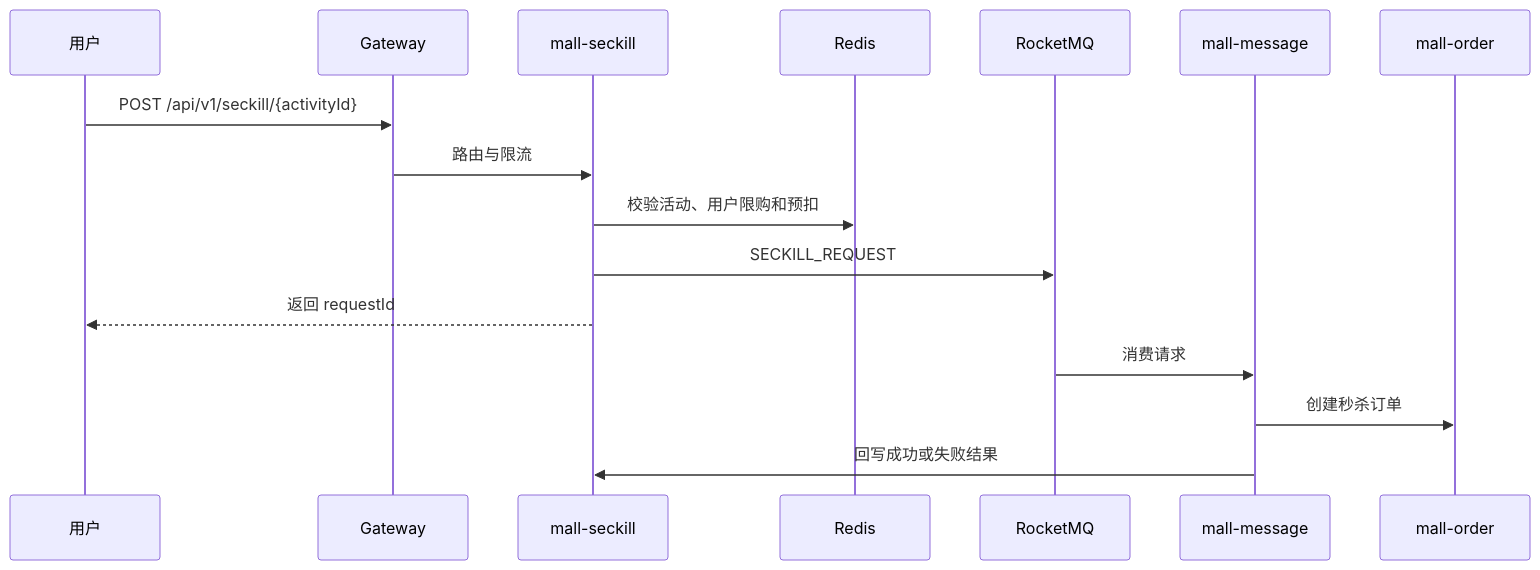
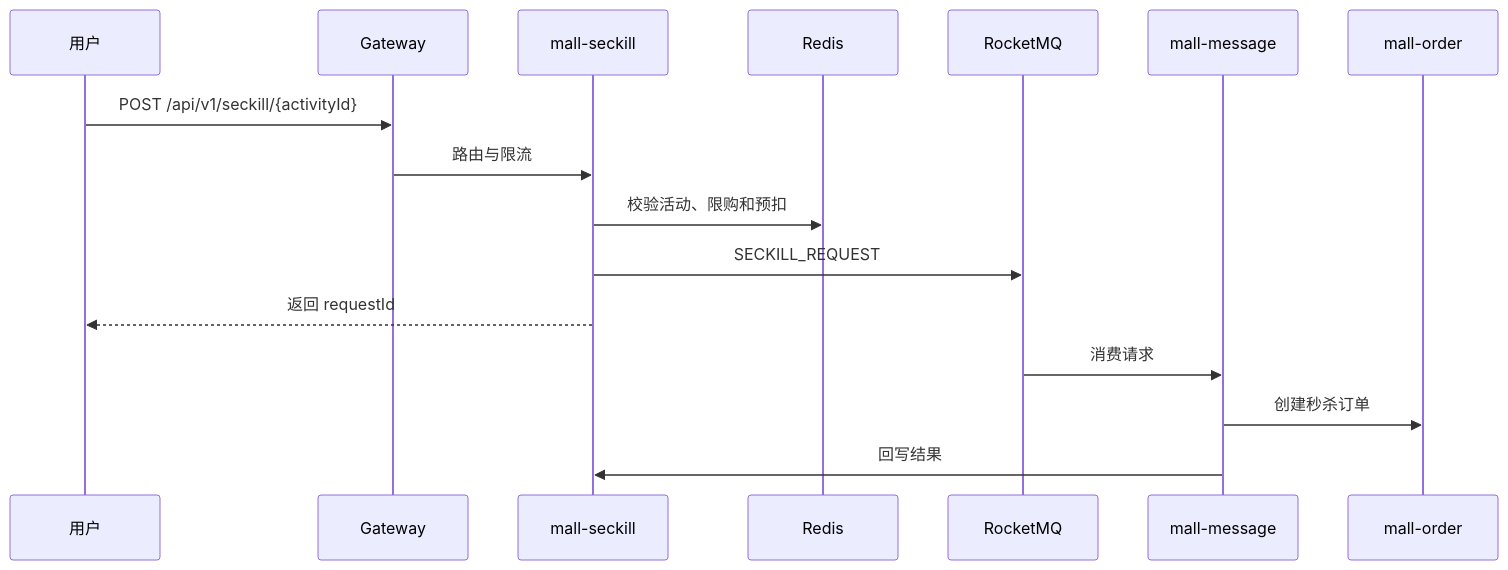
The fifth of 5 diagrams in docs/PRD.md (zyyyyynnn/Microservices-Final-Project), drawn with Mermaid before and after one commit. The commit also changed other lines of this file, not shown here.

````diff
--- a/docs/PRD.md
+++ b/docs/PRD.md
@@ -212,19 +227,19 @@
 ```mermaid
 sequenceDiagram
   participant U as 用户
   participant G as Gateway
   participant S as mall-seckill
   participant R as Redis
   participant MQ as RocketMQ
   participant M as mall-message
   participant O as mall-order
 
   U->>G: POST /api/v1/seckill/{activityId}
   G->>S: 路由与限流
-  S->>R: 校验活动、用户限购和预扣
+  S->>R: 校验活动、限购和预扣
   S->>MQ: SECKILL_REQUEST
   S-->>U: 返回 requestId
   MQ->>M: 消费请求
   M->>O: 创建秒杀订单
-  M->>S: 回写成功或失败结果
+  M->>S: 回写结果
 ```
````
